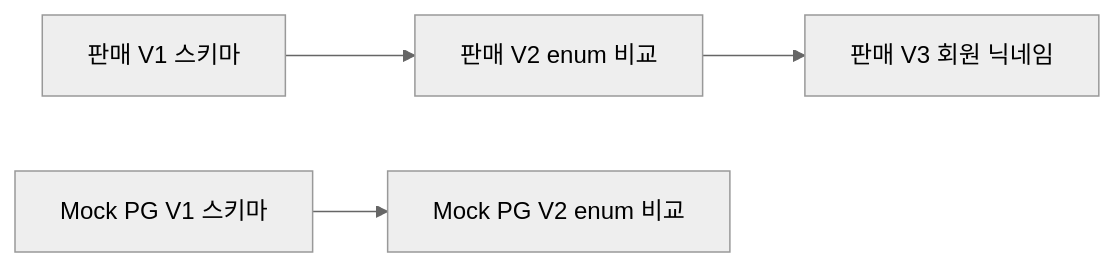
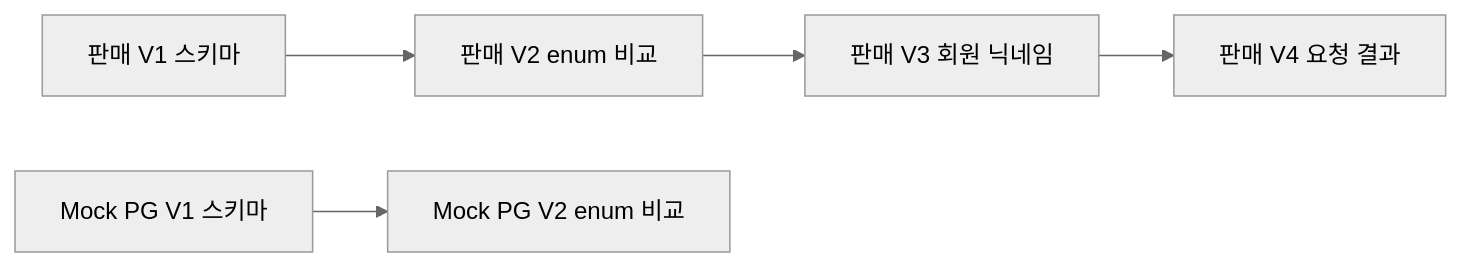
The second of 3 diagrams in docs/wiki/persistence.md (Wooyongjeong/limited-sale), drawn with Mermaid (neutral theme) before and after one commit. The commit also changed other lines of this file and 11 other files, not shown here.

Commit message:
docs: explain order reservation contracts and transaction flows

````diff
--- a/docs/wiki/persistence.md
+++ b/docs/wiki/persistence.md
@@ -29,6 +31,7 @@
 ```mermaid
 flowchart LR
     A[판매 V1 스키마] --> B[판매 V2 enum 비교]
     B --> C[판매 V3 회원 닉네임]
+    C --> F[판매 V4 요청 결과]
     D[Mock PG V1 스키마] --> E[Mock PG V2 enum 비교]
 ```
````
